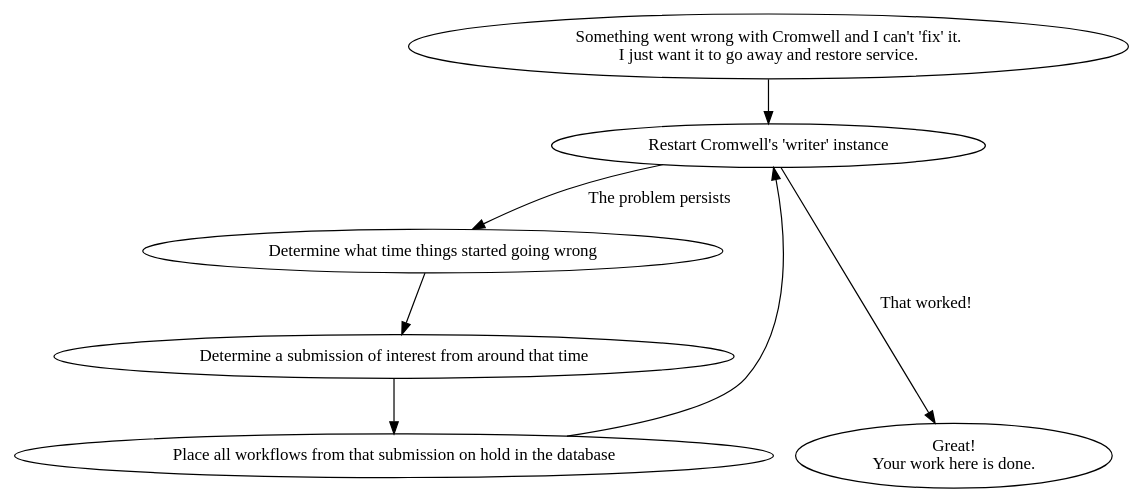
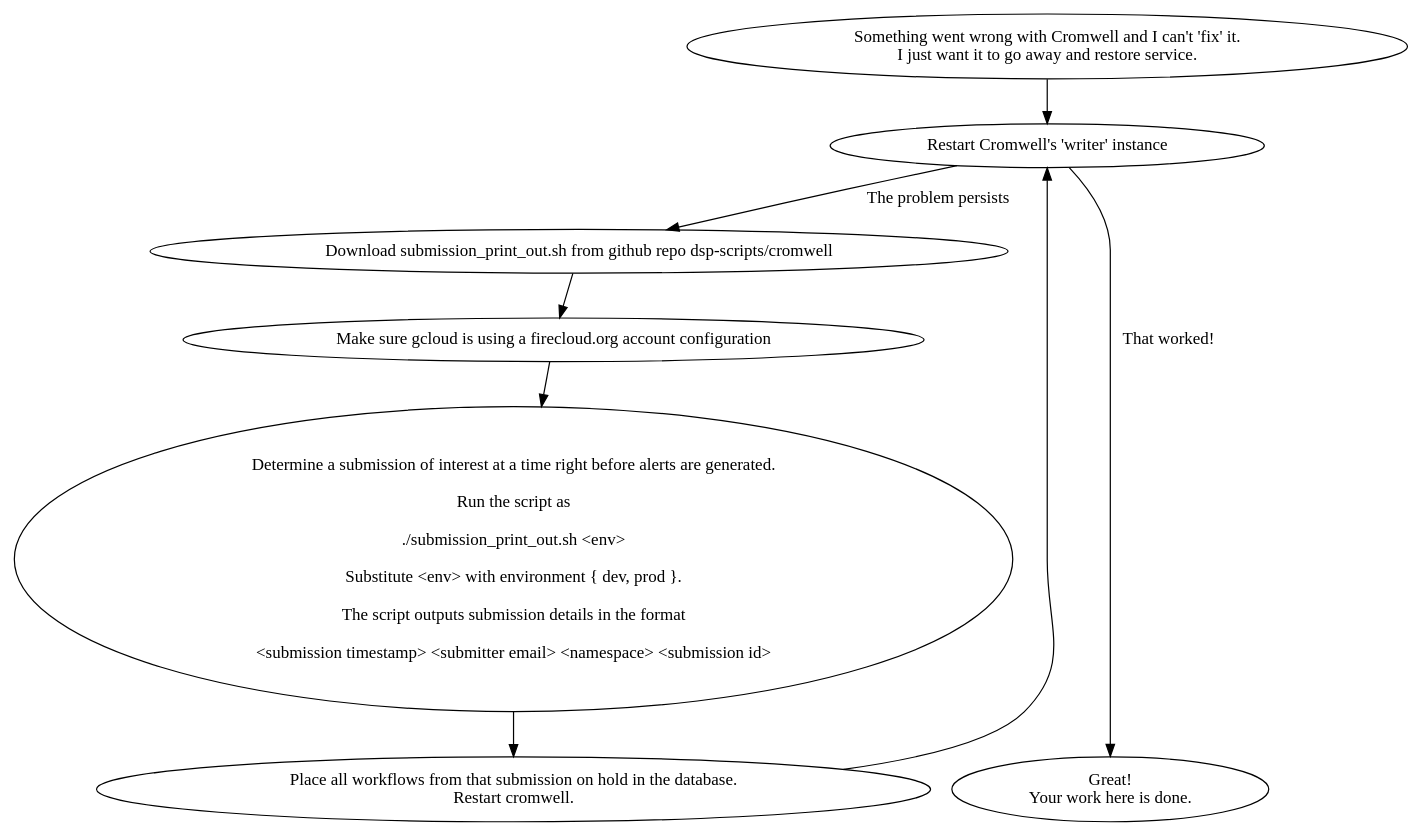
Before and after one commit to broadinstitute/cromwell: the diagram in processes/troubleshooting/all-purpose-mess-remover.dot, drawn with Graphviz. The commit also changed 1 other file, not shown here.

Commit message:
Modified dot file with updated process of finding suspiciois submissions. Playbook will be updated with a link to new png.

```diff
--- a/processes/troubleshooting/all-purpose-mess-remover.dot
+++ b/processes/troubleshooting/all-purpose-mess-remover.dot
@@ -1,34 +1,36 @@
 digraph {
 
   # Nodes
 
   something_wrong [shape=oval label="Something went wrong with Cromwell and I can't 'fix' it.\nI just want it to go away and restore service."];
 
   # Always start with a restart:
   restart_cromwell_instance [shape=oval label="Restart Cromwell's 'writer' instance"];
 
-  determine_time [shape=oval label="Determine what time things started going wrong"];
-  determine_submissions_of_interest [shape=oval label="Determine a submission of interest from around that time"];
+  download_submission_print_out [shape=oval label="Download submission_print_out.sh from github repo dsp-scripts/cromwell"];
+  make_sure_gcloud_use_firecloud [shape=oval label="Make sure gcloud is using a firecloud.org account configuration"];
+  determine_submissions_of_interest [shape=oval label="Determine a submission of interest at a time right before alerts are generated.\n\nRun the script as\n\n./submission_print_out.sh <env>\n\nSubstitute <env> with environment { dev, prod }.\n\nThe script outputs submission details in the format\n\n<submission timestamp> <submitter email> <namespace> <submission id>"];
 
-  place_submissions_on_hold [shape=oval label="Place all workflows from that submission on hold in the database"];
+  place_submissions_on_hold [shape=oval label="Place all workflows from that submission on hold in the database.\nRestart cromwell."];
 
 
   go_to_sleep [shape=oval label="Great!\nYour work here is done."];
 
   { rank=max go_to_sleep }
 
 
   # Edges
 
   something_wrong -> restart_cromwell_instance
 
   restart_cromwell_instance -> go_to_sleep [label="That worked!"]
 
-  restart_cromwell_instance -> determine_time [label="The problem persists"]
-  determine_time -> determine_submissions_of_interest
+  restart_cromwell_instance -> download_submission_print_out [label="The problem persists"]
+  download_submission_print_out -> make_sure_gcloud_use_firecloud
+  make_sure_gcloud_use_firecloud -> determine_submissions_of_interest
   determine_submissions_of_interest -> place_submissions_on_hold
 
   place_submissions_on_hold -> restart_cromwell_instance
 
 
 }
```
